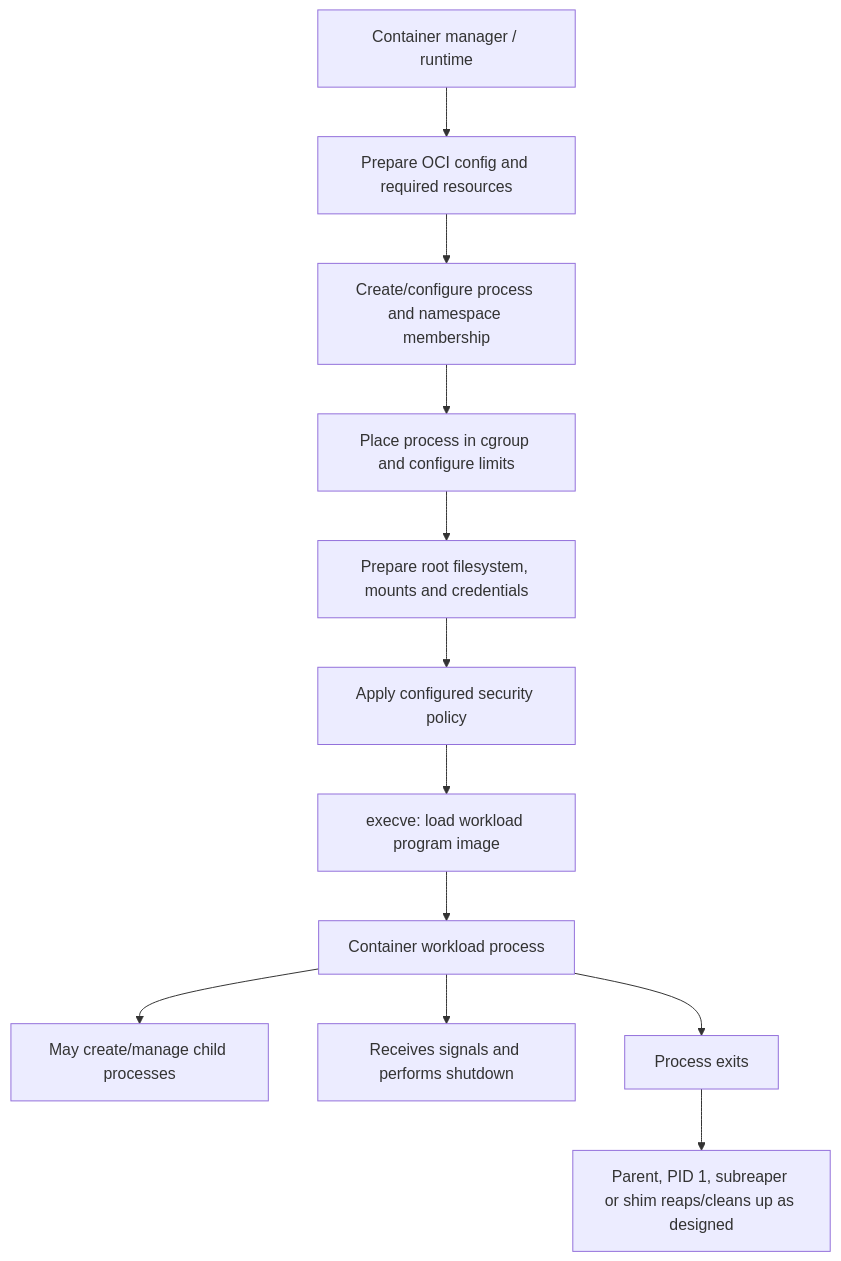
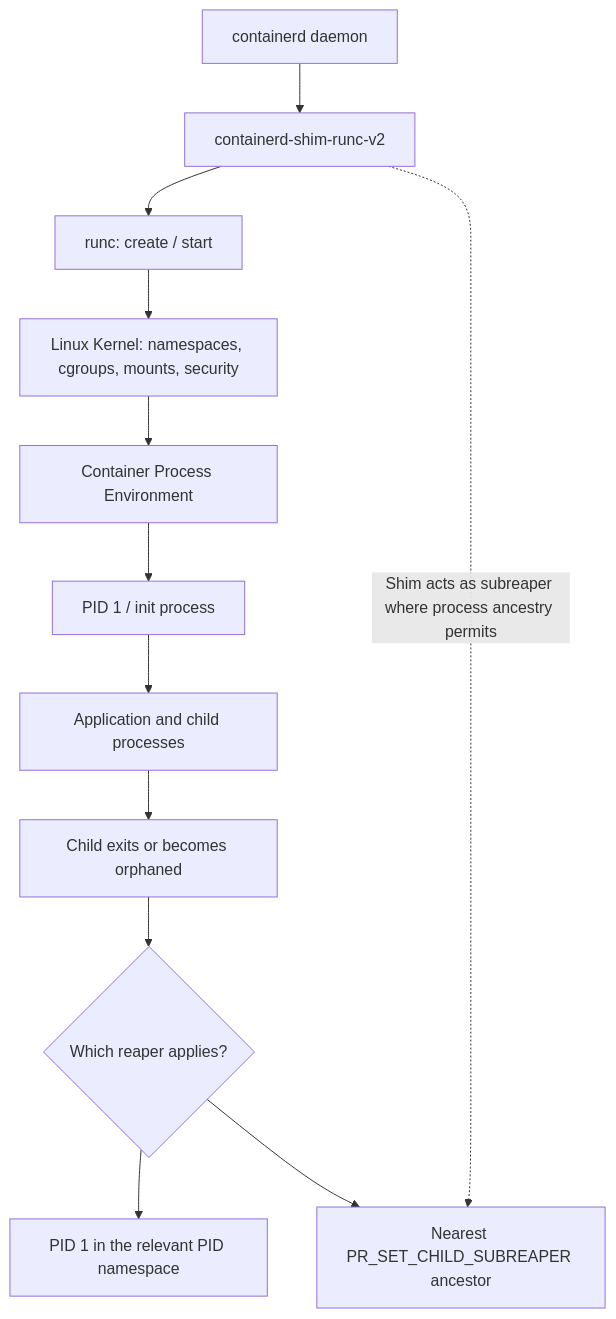
One commit to yul1ux/linux-containers-under-the-hood changed the fifth of 5 diagrams in docs/part-01-fundamentals/chapter-02-linux-processes-and-system-calls.md. Above: the diagram before and after it, drawn with Mermaid. The commit also changed other lines of this file, not shown here.

First line of the commit message:
docs: revise Chapter 02 readability and diagrams

````diff
--- a/docs/part-01-fundamentals/chapter-02-linux-processes-and-system-calls.md
+++ b/docs/part-01-fundamentals/chapter-02-linux-processes-and-system-calls.md
@@ -502,14 +477,14 @@
 ```mermaid
 flowchart TD
-    M[Container manager / runtime] --> C[Prepare OCI config and required resources]
-    C --> N[Create/configure process and namespace membership]
-    N --> CG[Place process in cgroup and configure limits]
-    CG --> FS[Prepare root filesystem, mounts and credentials]
-    FS --> SEC[Apply configured security policy]
-    SEC --> EX[execve: load workload program image]
-    EX --> W[Container workload process]
-    W --> CH[May create/manage child processes]
-    W --> SIG[Receives signals and performs shutdown]
-    W --> EXIT[Process exits]
-    EXIT --> R[Parent, PID 1, subreaper or shim reaps/cleans up as designed]
+    A["containerd daemon"] --> B["containerd-shim-runc-v2"]
+    B --> C["runc: create / start"]
+    C --> D["Linux Kernel: namespaces, cgroups, mounts, security"]
+    D --> E["Container Process Environment"]
+    E --> F["PID 1 / init process"]
+    F --> G["Application and child processes"]
+    G --> H["Child exits or becomes orphaned"]
+    H --> I{"Which reaper applies?"}
+    I --> J["PID 1 in the relevant PID namespace"]
+    I --> K["Nearest PR_SET_CHILD_SUBREAPER ancestor"]
+    B -. "Shim acts as subreaper where process ancestry permits" .-> K
 ```
````
